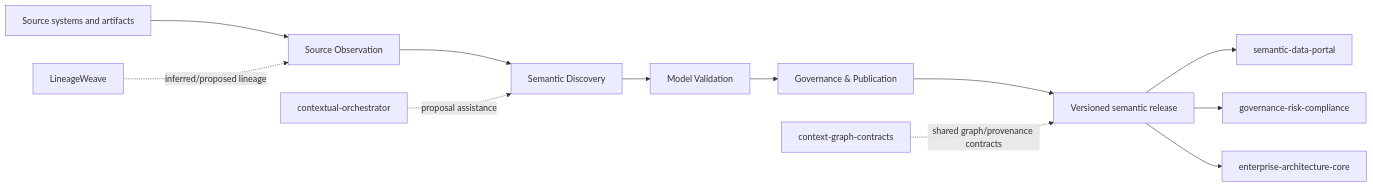
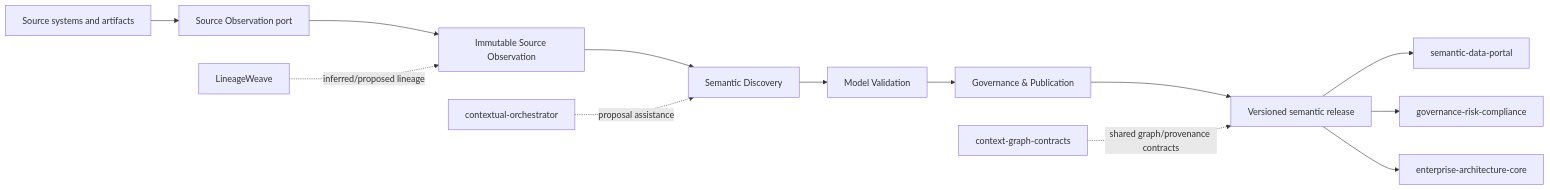
Before and after one commit to ContextualWisdomLab/ConceptWeave: the diagram in ARCHITECTURE.md, drawn with Mermaid. The commit also changed other lines of this file, not shown here.

Commit message:
docs(architecture): map bounded source observation port

````diff
--- a/ARCHITECTURE.md
+++ b/ARCHITECTURE.md
@@ -7,15 +7,16 @@
 ```mermaid
 flowchart LR
-    S[Source systems and artifacts] --> O[Source Observation]
+    S[Source systems and artifacts] --> SP[Source Observation port]
+    SP --> O[Immutable Source Observation]
     O --> D[Semantic Discovery]
     D --> V[Model Validation]
     V --> G[Governance & Publication]
     G --> P[Versioned semantic release]
 
     CO[contextual-orchestrator] -. proposal assistance .-> D
     LW[LineageWeave] -. inferred/proposed lineage .-> O
     CG[context-graph-contracts] -. shared graph/provenance contracts .-> P
     P --> SDP[semantic-data-portal]
     P --> GRC[governance-risk-compliance]
     P --> EA[enterprise-architecture-core]
 ```
````
